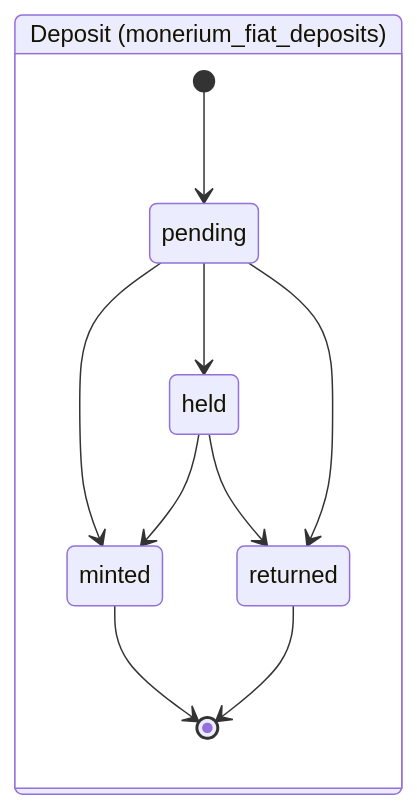
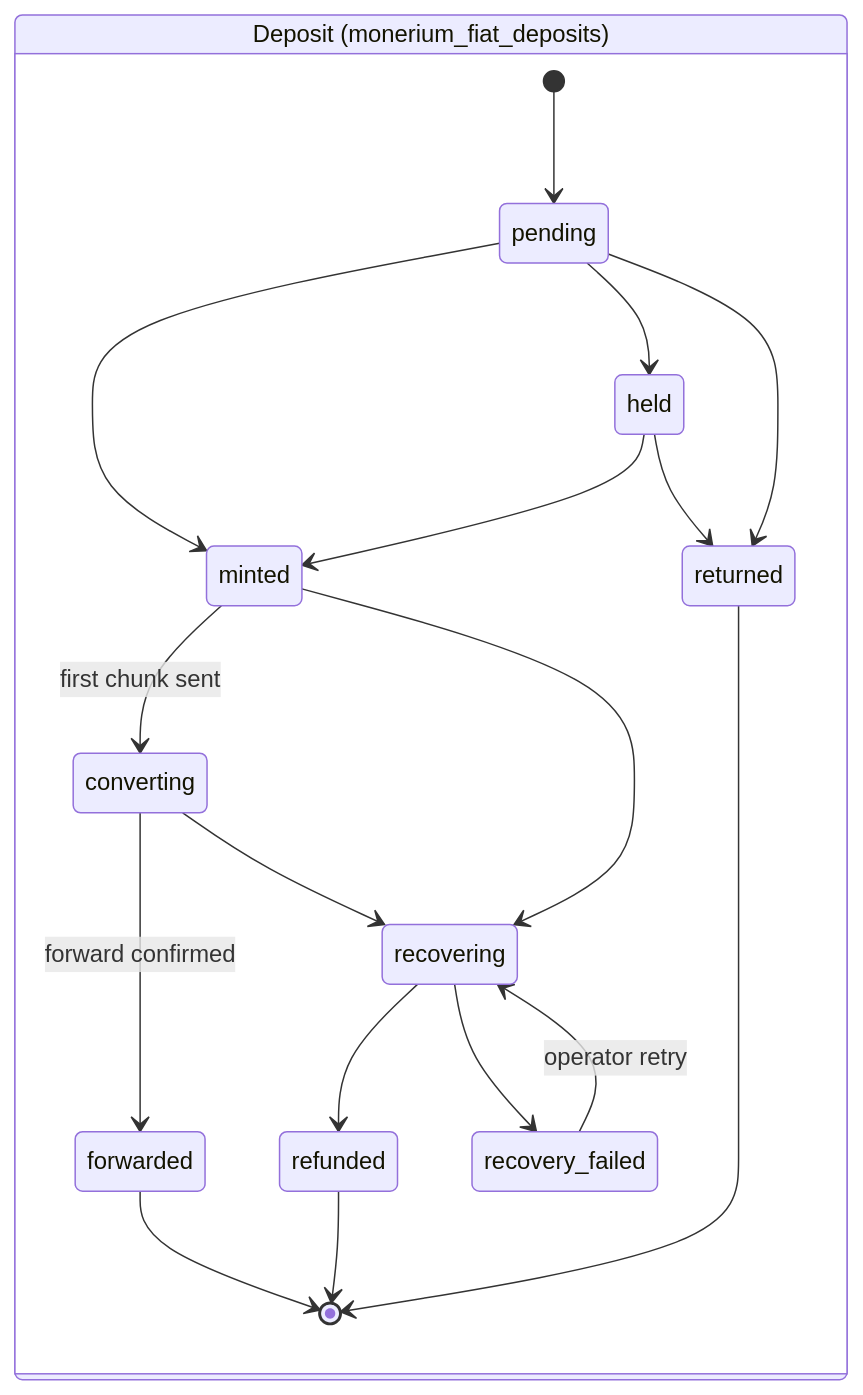
The fifth of 8 diagrams in docs/architecture-monerium-b2b-onramp.md (pendulum-chain/vortex), drawn with Mermaid before and after one commit. The commit also changed other lines of this file and 8 other files, not shown here.

````diff
--- a/docs/architecture-monerium-b2b-onramp.md
+++ b/docs/architecture-monerium-b2b-onramp.md
@@ -216,14 +228,22 @@
 ```mermaid
 stateDiagram-v2
     direction LR
     state "Deposit (monerium_fiat_deposits)" as dep {
         [*] --> pending
         pending --> minted
         pending --> held
         pending --> returned
         held --> minted
         held --> returned
-        minted --> [*]
+        minted --> converting : first chunk sent
+        minted --> recovering
+        converting --> forwarded : forward confirmed
+        converting --> recovering
+        recovering --> refunded
+        recovering --> recovery_failed
+        recovery_failed --> recovering : operator retry
+        forwarded --> [*]
         returned --> [*]
+        refunded --> [*]
     }
 ```
````
